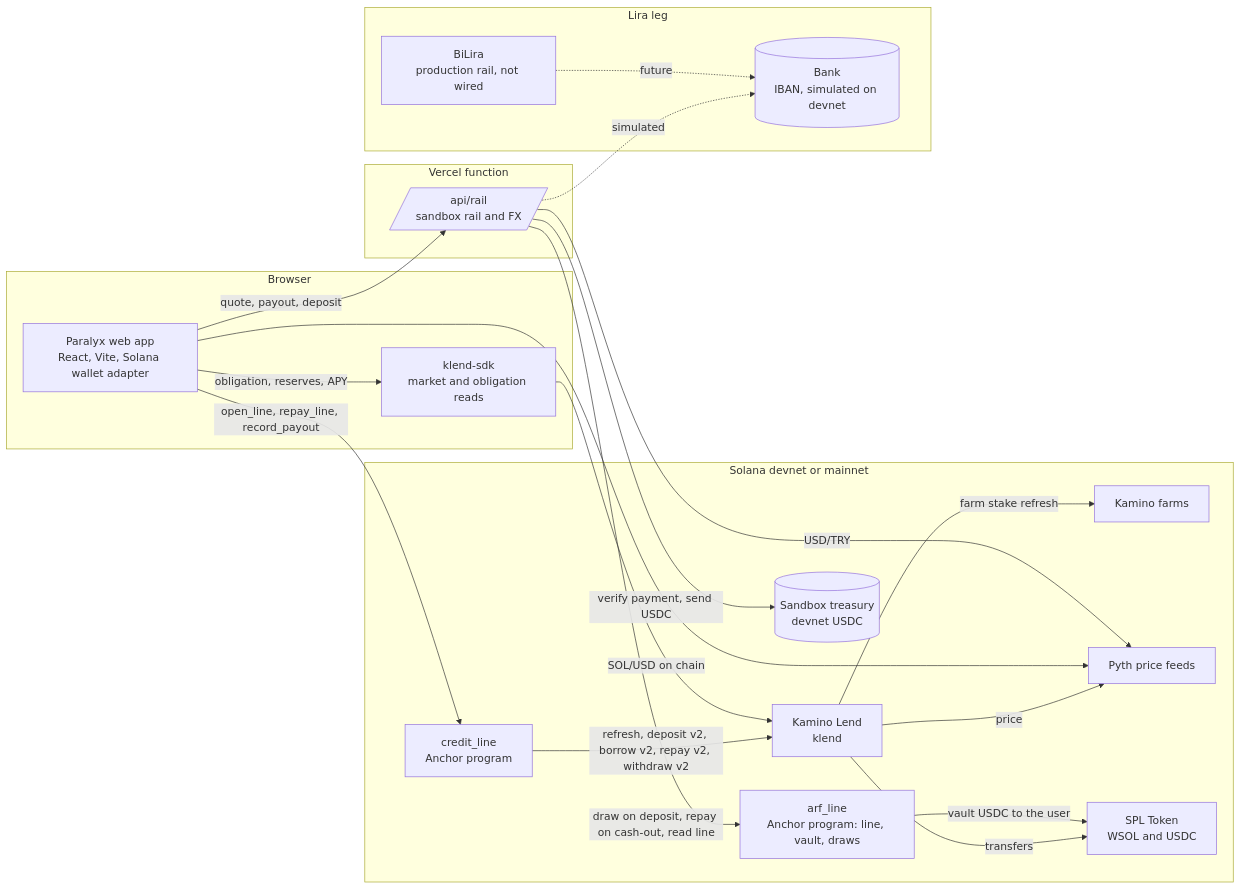
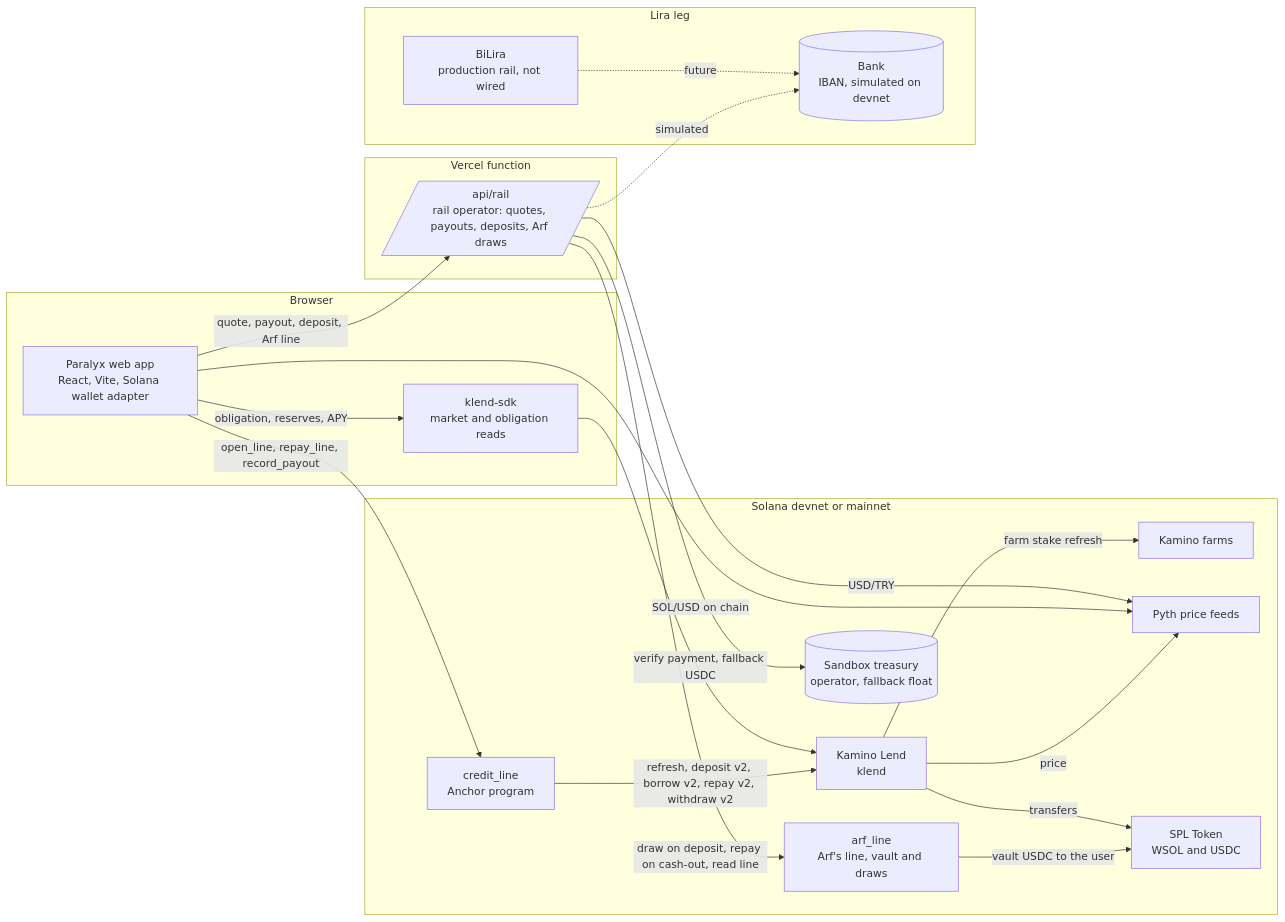
One commit to dr-wilson-empty/paralyx-arf changed the second of 2 diagrams in README.md. Above: the diagram before and after it, drawn with Mermaid. The commit also changed other lines of this file, not shown here.

First line of the commit message:
docs: lead the README with Arf

````diff
--- a/README.md
+++ b/README.md
@@ -93,38 +213,38 @@
 ```mermaid
 flowchart LR
   subgraph Browser
     UI[Paralyx web app<br/>React, Vite, Solana wallet adapter]
     SDK[klend-sdk<br/>market and obligation reads]
   end
   subgraph Server[Vercel function]
-    RAIL[/api/rail<br/>sandbox rail and FX/]
+    RAIL[/api/rail<br/>rail operator: quotes, payouts, deposits, Arf draws/]
   end
   subgraph Solana[Solana devnet or mainnet]
+    ARF[arf_line<br/>Arf's line, vault and draws]
     PLX[credit_line<br/>Anchor program]
     KL[Kamino Lend<br/>klend]
     FM[Kamino farms]
     PY[Pyth price feeds]
     TOK[SPL Token<br/>WSOL and USDC]
-    TR[(Sandbox treasury<br/>devnet USDC)]
-    ARF[arf_line<br/>Anchor program: line, vault, draws]
+    TR[(Sandbox treasury<br/>operator, fallback float)]
   end
   subgraph Lira[Lira leg]
     BANK[(Bank<br/>IBAN, simulated on devnet)]
     BL[BiLira<br/>production rail, not wired]
   end
+  RAIL -- draw on deposit, repay on cash-out, read line --> ARF
+  ARF -- vault USDC to the user --> TOK
   UI -- open_line, repay_line, record_payout --> PLX
   PLX -- refresh, deposit v2, borrow v2, repay v2, withdraw v2 --> KL
   KL -- farm stake refresh --> FM
   KL -- price --> PY
   KL -- transfers --> TOK
   UI -- obligation, reserves, APY --> SDK
   SDK --> KL
   UI -- SOL/USD on chain --> PY
-  UI -- quote, payout, deposit --> RAIL
-  RAIL -- verify payment, send USDC --> TR
-  RAIL -- draw on deposit, repay on cash-out, read line --> ARF
-  ARF -- vault USDC to the user --> TOK
+  UI -- quote, payout, deposit, Arf line --> RAIL
+  RAIL -- verify payment, fallback USDC --> TR
   RAIL -- USD/TRY --> PY
   RAIL -. simulated .-> BANK
   BL -. future .-> BANK
 ```
````
